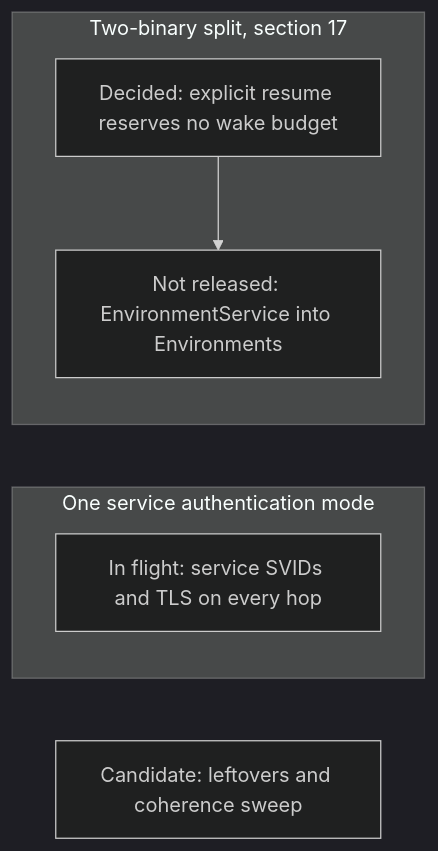
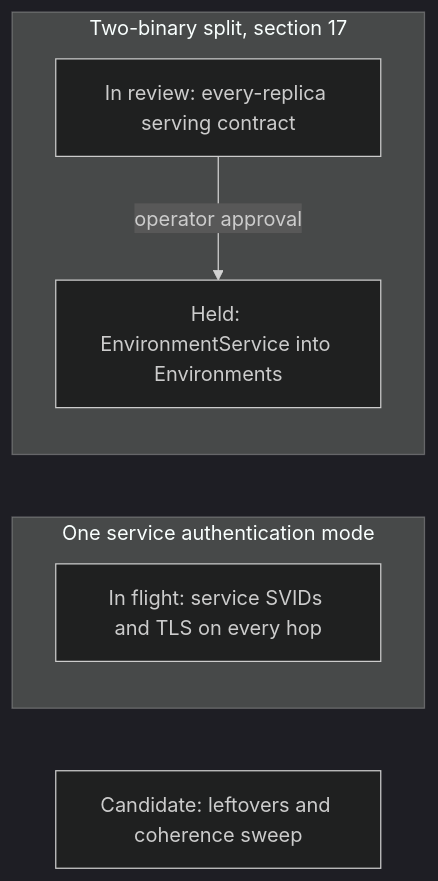
The first of 21 diagrams in agentplane/plans/task_dag.md (agentydragon/ducktape), drawn with Mermaid (dark theme) before and after one commit. The commit also changed other lines of this file and 1 other file, not shown here.

Commit message:
Propose EnvironmentService serving on every Controller replica

````diff
--- a/agentplane/plans/task_dag.md
+++ b/agentplane/plans/task_dag.md
@@ -199,12 +199,12 @@
 ```mermaid
 flowchart LR
     subgraph AUTH_TRACK[One service authentication mode]
         PRIVILEGED_BACKEND_AUTH_DESIGN[In flight: service SVIDs and TLS on every hop]
     end
     subgraph SPLIT_TRACK[Two-binary split, section 17]
-        EXPLICIT_RESUME_BUDGET_REMOVAL[Decided: explicit resume reserves no wake budget]
-        ENVIRONMENT_SERVICE_TO_ENVIRONMENTS[Not released: EnvironmentService into Environments]
-        EXPLICIT_RESUME_BUDGET_REMOVAL --> ENVIRONMENT_SERVICE_TO_ENVIRONMENTS
+        ENVIRONMENT_SERVICE_SERVING_DESIGN[In review: every-replica serving contract]
+        ENVIRONMENT_SERVICE_TO_ENVIRONMENTS[Held: EnvironmentService into Environments]
+        ENVIRONMENT_SERVICE_SERVING_DESIGN -->|operator approval| ENVIRONMENT_SERVICE_TO_ENVIRONMENTS
     end
     REFACTOR_COHERENCE_AUDIT[Candidate: leftovers and coherence sweep]
 ```
````
